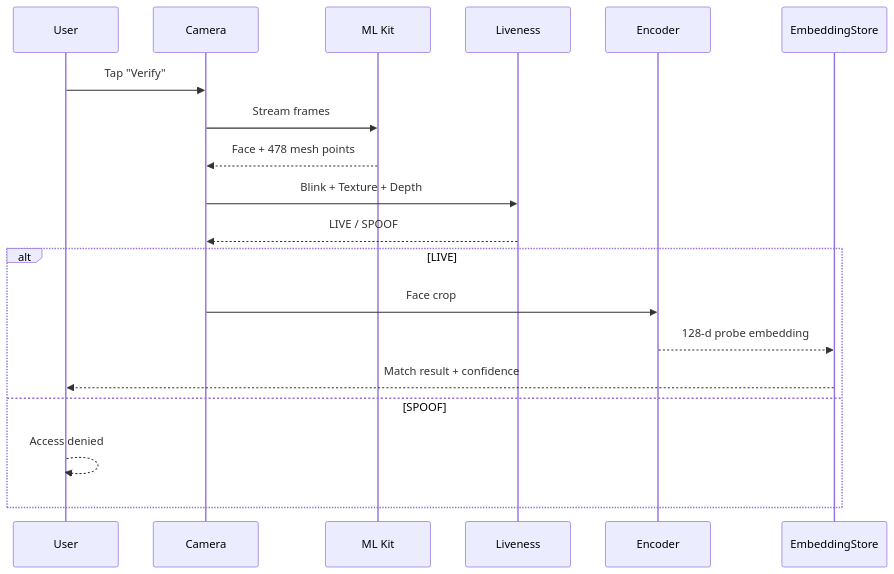
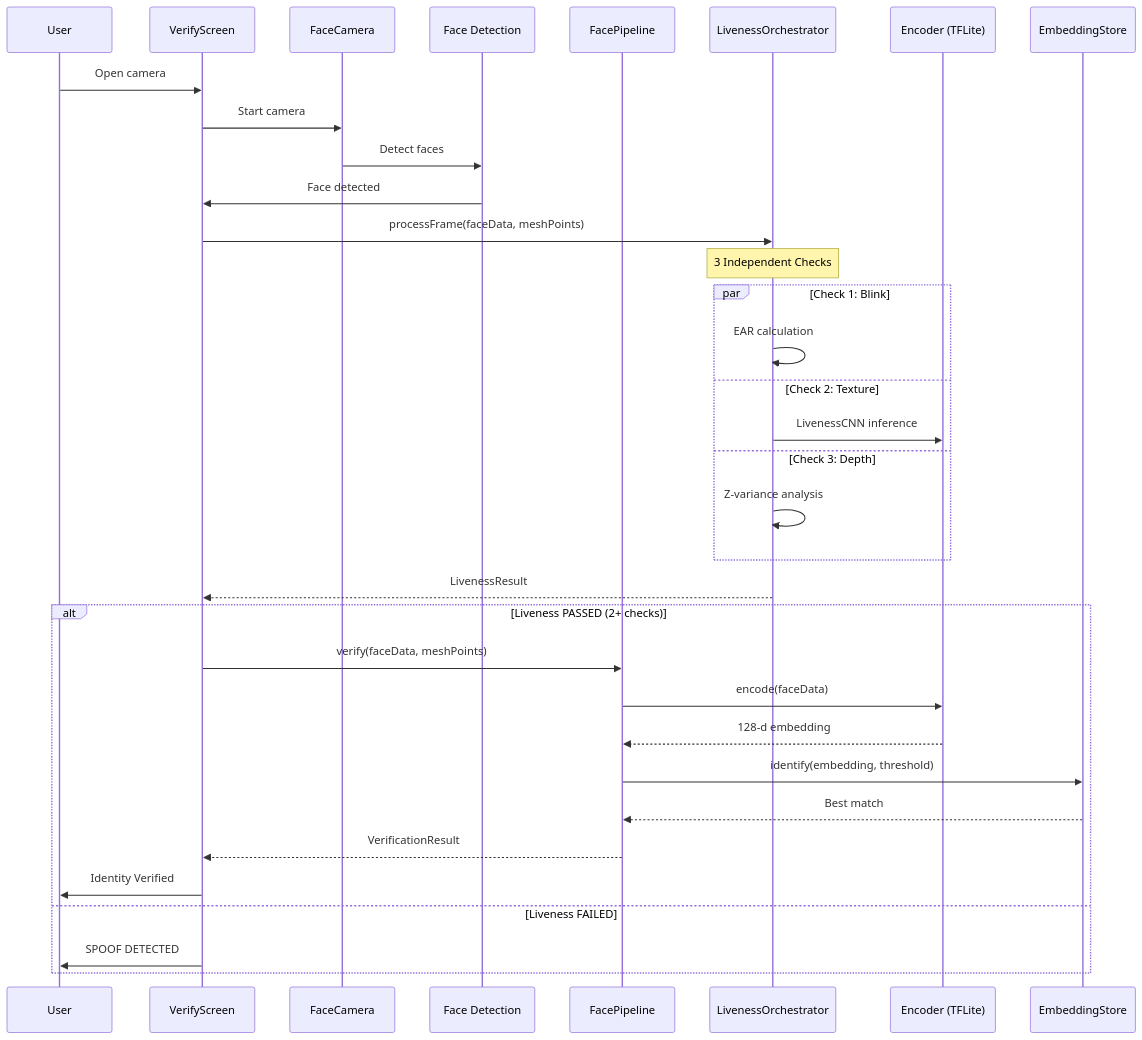
One commit to krsnaSuraj/NetraEdge changed the third of 11 diagrams in docs/ARCHITECTURE.md. Above: the diagram before and after it, drawn with Mermaid. The commit also changed other lines of this file and 44 other files, not shown here.

````diff
--- a/docs/ARCHITECTURE.md
+++ b/docs/ARCHITECTURE.md
@@ -68,22 +89,42 @@
 ```mermaid
 sequenceDiagram
     participant U as User
-    participant CAM as Camera
-    participant ML as ML Kit
-    participant LIV as Liveness
-    participant ENC as Encoder
-    participant DB as EmbeddingStore
-
-    U->>CAM: Tap "Verify"
-    CAM->>ML: Stream frames
-    ML-->>CAM: Face + 478 mesh points
-    CAM->>LIV: Blink + Texture + Depth
-    LIV-->>CAM: LIVE / SPOOF
-    alt LIVE
-        CAM->>ENC: Face crop
-        ENC-->>DB: 128-d probe embedding
-        DB-->>U: Match result + confidence
-    else SPOOF
-        U-->>U: Access denied
+    participant V as VerifyScreen
+    participant C as FaceCamera
+    participant FD as Face Detection
+    participant P as FacePipeline
+    participant L as LivenessOrchestrator
+    participant E as Encoder (TFLite)
+    participant ST as EmbeddingStore
+    
+    U->>V: Open camera
+    V->>C: Start camera
+    C->>FD: Detect faces
+    FD->>V: Face detected
+    
+    V->>L: processFrame(faceData, meshPoints)
+    
+    Note over L: 3 Independent Checks
+    
+    par Check 1: Blink
+        L->>L: EAR calculation
+    and Check 2: Texture
+        L->>E: LivenessCNN inference
+    and Check 3: Depth
+        L->>L: Z-variance analysis
+    end
+    
+    L-->>V: LivenessResult
+    
+    alt Liveness PASSED (2+ checks)
+        V->>P: verify(faceData, meshPoints)
+        P->>E: encode(faceData)
+        E-->>P: 128-d embedding
+        P->>ST: identify(embedding, threshold)
+        ST-->>P: Best match
+        P-->>V: VerificationResult
+        V->>U: Identity Verified
+    else Liveness FAILED
+        V->>U: SPOOF DETECTED
     end
 ```
````
